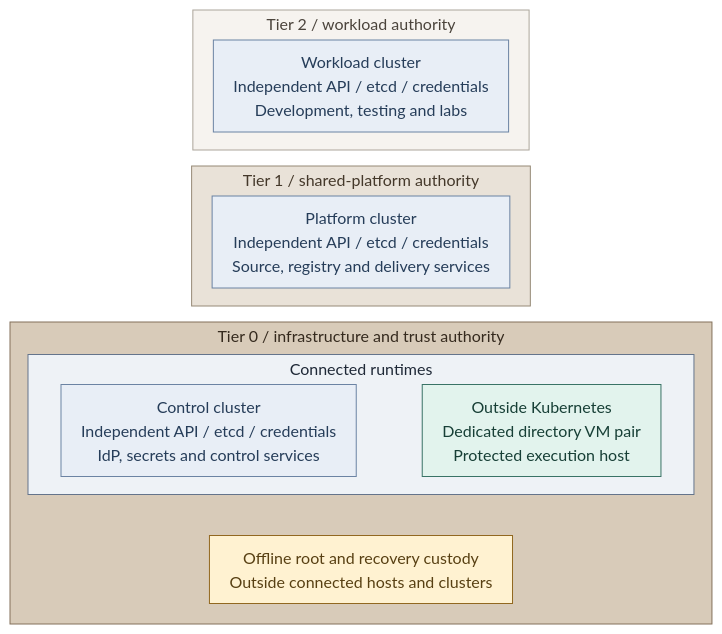
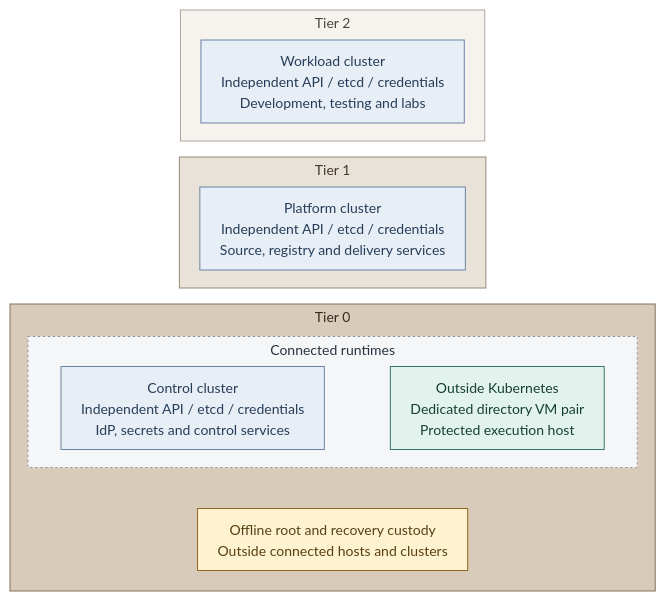
Before and after one commit to Rexus/homelab: the diagram in docs/01-architecture/04-hosting/03-kubernetes.md, drawn with Mermaid. The commit also changed 124 other files, not shown here.

First line of the commit message:
fix(platform): align service diagrams and directory failover

````diff
--- a/docs/01-architecture/04-hosting/03-kubernetes.md
+++ b/docs/01-architecture/04-hosting/03-kubernetes.md
@@ -14,38 +14,39 @@
 ```mermaid
-%%{init: {"theme":"base","flowchart":{"nodeSpacing":16,"rankSpacing":16,"padding":10,"wrappingWidth":350,"subGraphTitleMargin":{"top":2,"bottom":10}},"themeVariables":{"lineColor":"#627581","edgeLabelBackground":"#f8fafc"}}}%%
+%%{init: {"theme":"base","flowchart":{"nodeSpacing":16,"rankSpacing":16,"padding":10,"wrappingWidth":350,"subGraphTitleMargin":{"top":2,"bottom":10}},"themeVariables":{"lineColor":"#627581","edgeLabelBackground":"#f8fafc","fontFamily":"Arial, sans-serif","fontSize":"14px"},"fontFamily":"Arial, sans-serif"}}%%
 flowchart TB
-  subgraph T2["Tier 2 / workload authority"]
+  subgraph T2["Tier 2"]
     C2["Workload cluster<br/>Independent API / etcd / credentials<br/>Development, testing and labs"]
   end
-  subgraph T1["Tier 1 / shared-platform authority"]
+  subgraph T1["Tier 1"]
     C1["Platform cluster<br/>Independent API / etcd / credentials<br/>Source, registry and delivery services"]
   end
-  subgraph T0["Tier 0 / infrastructure and trust authority"]
+  subgraph T0["Tier 0"]
     direction TB
     subgraph Connected["Connected runtimes"]
       direction LR
       C0["Control cluster<br/>Independent API / etcd / credentials<br/>IdP, secrets and control services"]
       Directory["Outside Kubernetes<br/>Dedicated directory VM pair<br/>Protected execution host"]
       C0 ~~~ Directory
     end
     Custody["Offline root and recovery custody<br/>Outside connected hosts and clusters"]
     Connected ~~~ Custody
   end
   T2 ~~~ T1 ~~~ T0
   classDef default fill:#f8fafc,stroke:#64748b,color:#1f2937
   classDef boundary fill:#eef2f6,stroke:#64748b,color:#1f2937
   classDef services fill:#e7f0fc,stroke:#4d719b,color:#203a5b
   classDef control fill:#e2f3ed,stroke:#397366,color:#173f36
   classDef custody fill:#fff2d1,stroke:#926820,color:#584013
   class Directory control
-  class Connected boundary
   classDef kubernetes fill:#e8eef6,stroke:#6b83a3,color:#263d59
   class C0,C1,C2 kubernetes
   class Custody custody
   classDef tier0 fill:#d8cbb9,stroke:#83715a,color:#352a1e
   class T0 tier0
   classDef tier1 fill:#e9e2d8,stroke:#968976,color:#44382a
   class T1 tier1
   classDef tier2 fill:#f6f3ef,stroke:#aca59b,color:#4b443c
   class T2 tier2
+  classDef group fill:#f5f6f7,stroke:#89939e,color:#273340,stroke-dasharray:2 3
+  class Connected group
 ```
````
